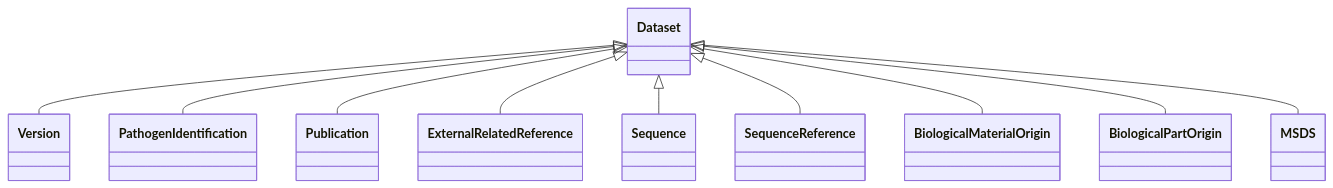
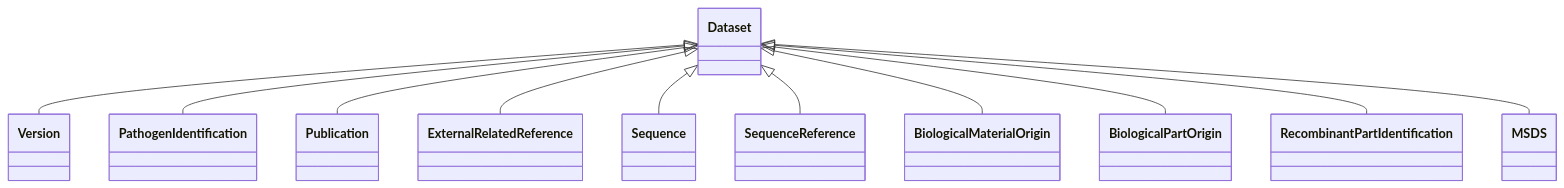
The diagram in models/docs/Dataset.md (EVORA-project/evora-ontology), drawn with Mermaid before and after one commit. The commit also changed other lines of this file and 163 other files, not shown here.

````diff
--- a/models/docs/Dataset.md
+++ b/models/docs/Dataset.md
@@ -21,25 +21,27 @@
 ```mermaid
  classDiagram
     class Dataset
     click Dataset href "../Dataset"
       Dataset <|-- Version
         click Version href "../Version"
       Dataset <|-- PathogenIdentification
         click PathogenIdentification href "../PathogenIdentification"
       Dataset <|-- Publication
         click Publication href "../Publication"
       Dataset <|-- ExternalRelatedReference
         click ExternalRelatedReference href "../ExternalRelatedReference"
       Dataset <|-- Sequence
         click Sequence href "../Sequence"
       Dataset <|-- SequenceReference
         click SequenceReference href "../SequenceReference"
       Dataset <|-- BiologicalMaterialOrigin
         click BiologicalMaterialOrigin href "../BiologicalMaterialOrigin"
       Dataset <|-- BiologicalPartOrigin
         click BiologicalPartOrigin href "../BiologicalPartOrigin"
+      Dataset <|-- RecombinantPartIdentification
+        click RecombinantPartIdentification href "../RecombinantPartIdentification"
       Dataset <|-- MSDS
         click MSDS href "../MSDS"
       
       
 ```
````
